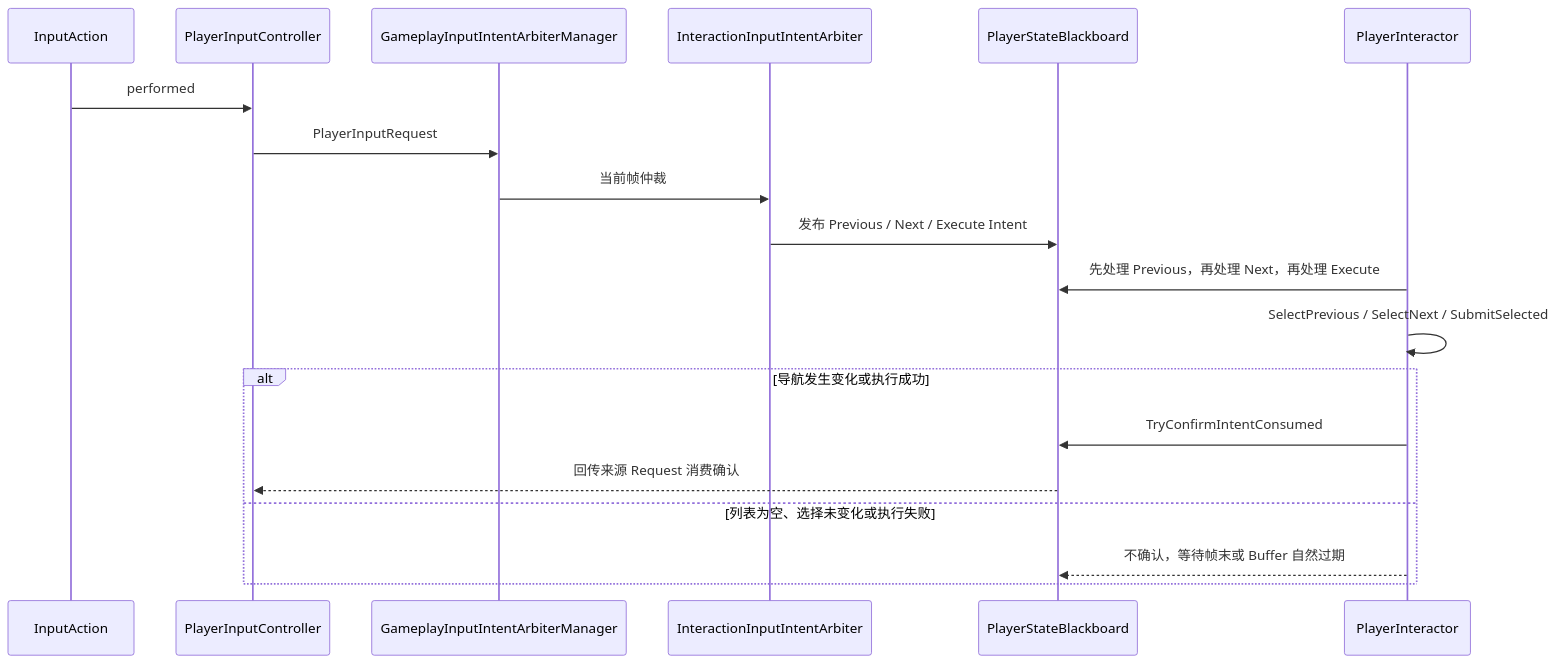
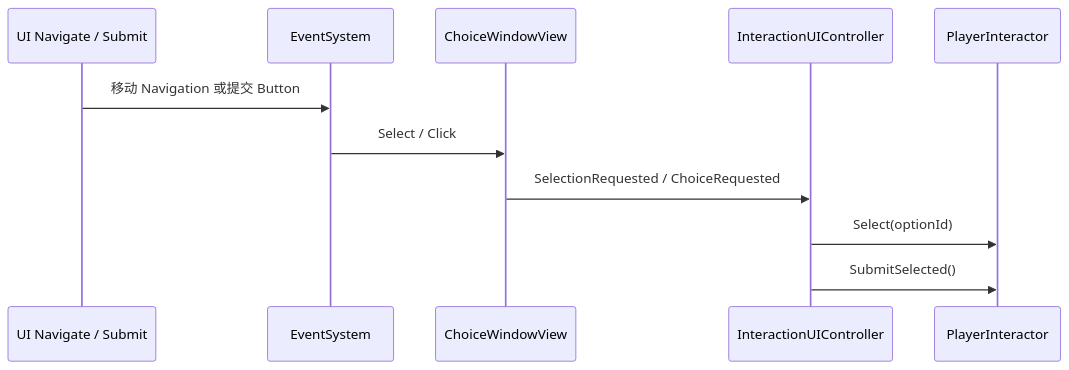
One commit to Whitesheeeep/3DRPG changed the third of 5 diagrams in Assets/Scripts/InteractionSystem/Documentation/InteractionSystem_Technical.md. Above: the diagram before and after it, drawn with Mermaid. The commit also changed other lines of this file and 161 other files, not shown here.

Commit message:
1. 交互系统优化 2. 对话系统优化 3. 切换角色 1.0, 将 PlayerController.cs 与其他组件解开来

````diff
--- a/Assets/Scripts/InteractionSystem/Documentation/InteractionSystem_Technical.md
+++ b/Assets/Scripts/InteractionSystem/Documentation/InteractionSystem_Technical.md
@@ -129,22 +137,14 @@
 ```mermaid
 sequenceDiagram
-    participant I as InputAction
-    participant PC as PlayerInputController
-    participant M as GameplayInputIntentArbiterManager
-    participant A as InteractionInputIntentArbiter
-    participant B as PlayerStateBlackboard
+    participant I as UI Navigate / Submit
+    participant E as EventSystem
+    participant V as ChoiceWindowView
+    participant C as InteractionUIController
     participant P as PlayerInteractor
 
-    I->>PC: performed
-    PC->>M: PlayerInputRequest
-    M->>A: 当前帧仲裁
-    A->>B: 发布 Previous / Next / Execute Intent
-    P->>B: 先处理 Previous，再处理 Next，再处理 Execute
-    P->>P: SelectPrevious / SelectNext / SubmitSelected
-    alt 导航发生变化或执行成功
-        P->>B: TryConfirmIntentConsumed
-        B-->>PC: 回传来源 Request 消费确认
-    else 列表为空、选择未变化或执行失败
-        P-->>B: 不确认，等待帧末或 Buffer 自然过期
-    end
+    I->>E: 移动 Navigation 或提交 Button
+    E->>V: Select / Click
+    V->>C: SelectionRequested / ChoiceRequested
+    C->>P: Select(optionId)
+    C->>P: SubmitSelected()
 ```
````
